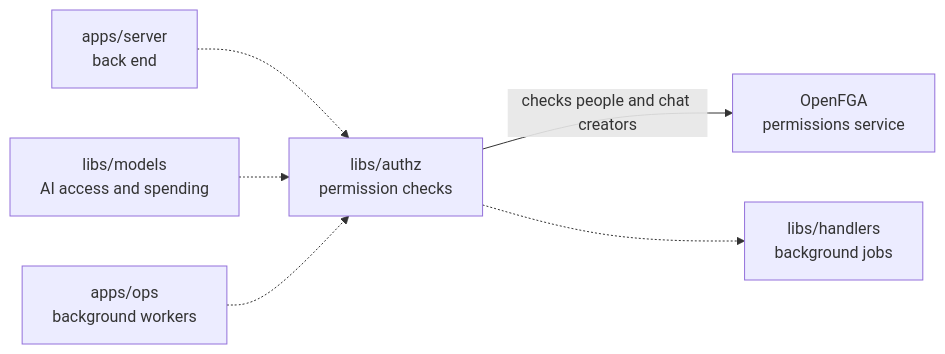
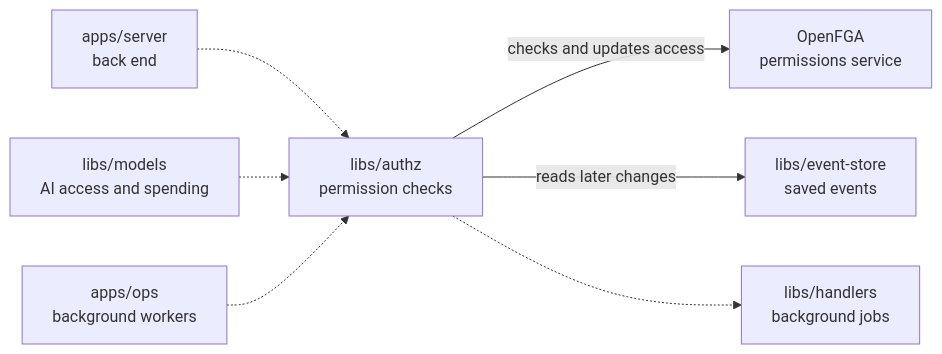
The diagram in libs/authz/README.md (elewa-git/opencrane-new), drawn with Mermaid before and after one commit. The commit also changed other lines of this file and 26 other files, not shown here.

````diff
--- a/libs/authz/README.md
+++ b/libs/authz/README.md
@@ -11,8 +11,9 @@
 ```mermaid
 flowchart LR
   server["apps/server<br/>back end"] -.-> authz["libs/authz<br/>permission checks"]
   models["libs/models<br/>AI access and spending"] -.-> authz
   ops["apps/ops<br/>background workers"] -.-> authz
-  authz -->|checks people and chat creators| fga["OpenFGA<br/>permissions service"]
+  authz -->|checks and updates access| fga["OpenFGA<br/>permissions service"]
+  authz -->|reads later changes| store["libs/event-store<br/>saved events"]
   authz -.-> handlers["libs/handlers<br/>background jobs"]
 ```
````
